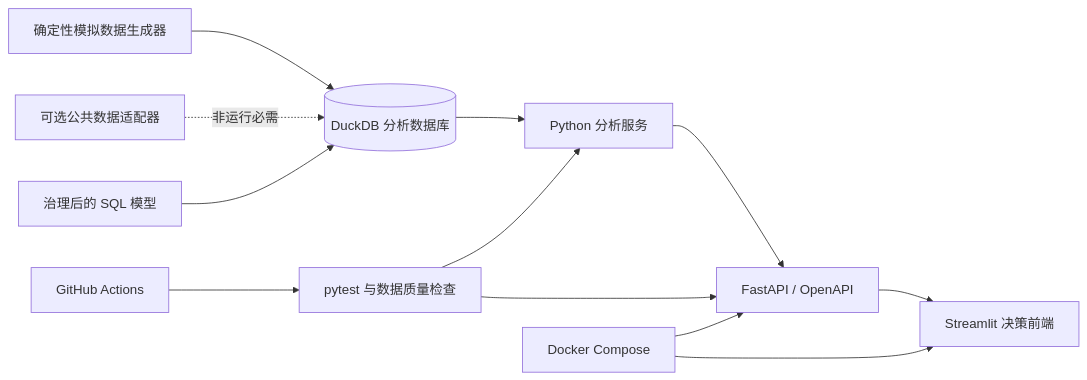
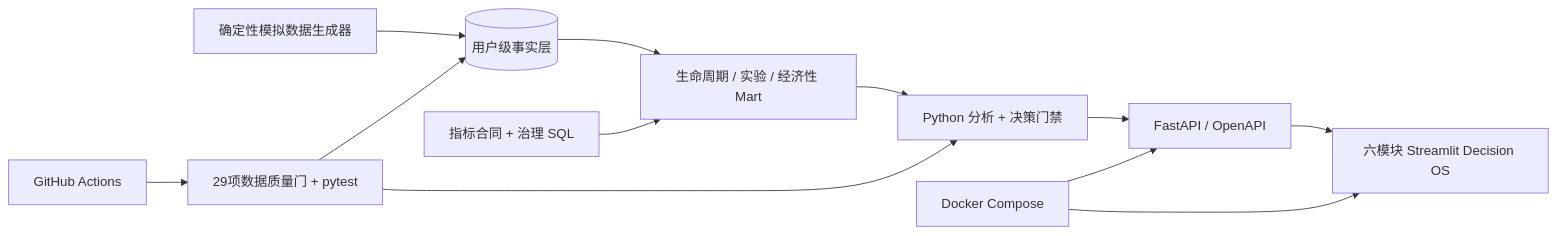
Before and after one commit to liu-XI71/growthlab-user-growth-analytics: the diagram in README_zh.md, drawn with Mermaid. The commit also changed other lines of this file and 54 other files, not shown here.

````diff
--- a/README_zh.md
+++ b/README_zh.md
@@ -40,14 +54,14 @@
 ```mermaid
 flowchart LR
-    G["确定性模拟数据生成器"] --> D[("DuckDB 分析数据库")]
-    P["可选公共数据适配器"] -. "非运行必需" .-> D
-    S["治理后的 SQL 模型"] --> D
-    D --> A["Python 分析服务"]
+    G["确定性模拟数据生成器"] --> R[("用户级事实层")]
+    R --> M["生命周期 / 实验 / 经济性 Mart"]
+    S["指标合同 + 治理 SQL"] --> M
+    M --> A["Python 分析 + 决策门禁"]
     A --> F["FastAPI / OpenAPI"]
-    F --> U["Streamlit 决策前端"]
-    T["pytest 与数据质量检查"] --> A
-    T --> F
-    C["GitHub Actions"] --> T
+    F --> U["六模块 Streamlit Decision OS"]
+    Q["29项数据质量门 + pytest"] --> R
+    Q --> A
+    C["GitHub Actions"] --> Q
     X["Docker Compose"] --> F
     X --> U
 ```
````
